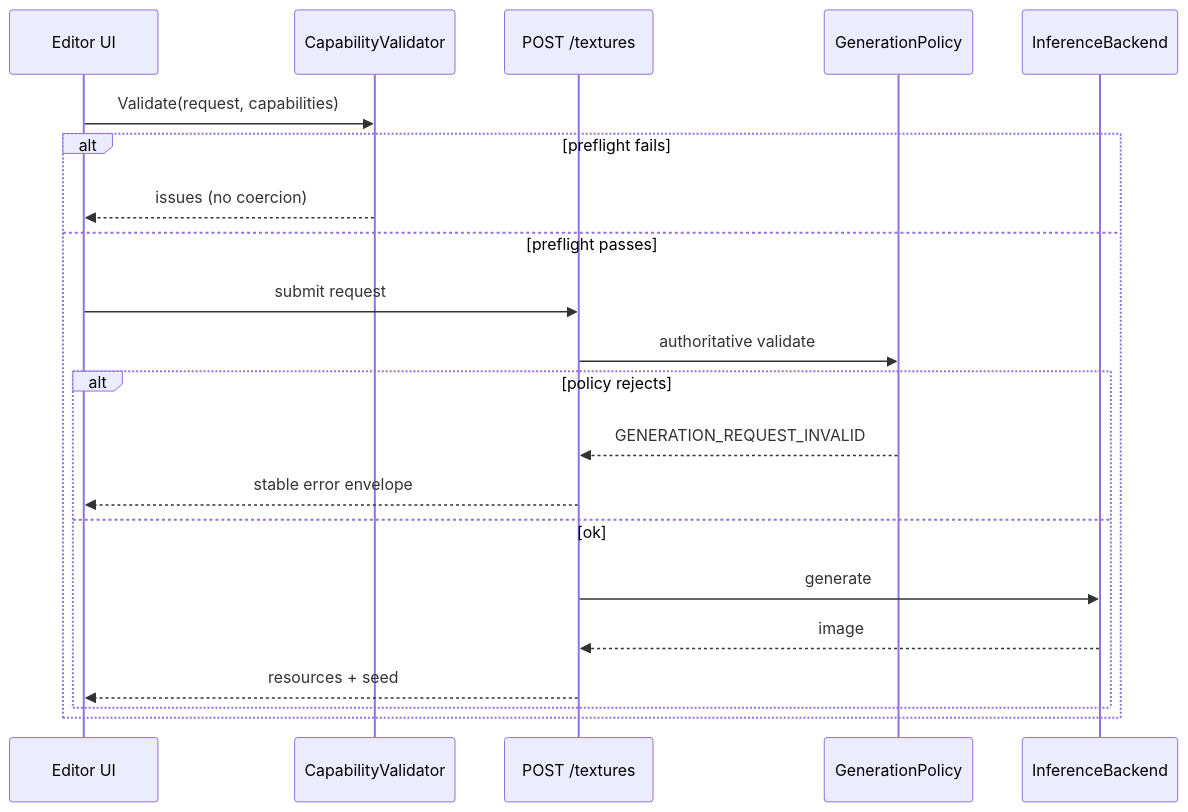
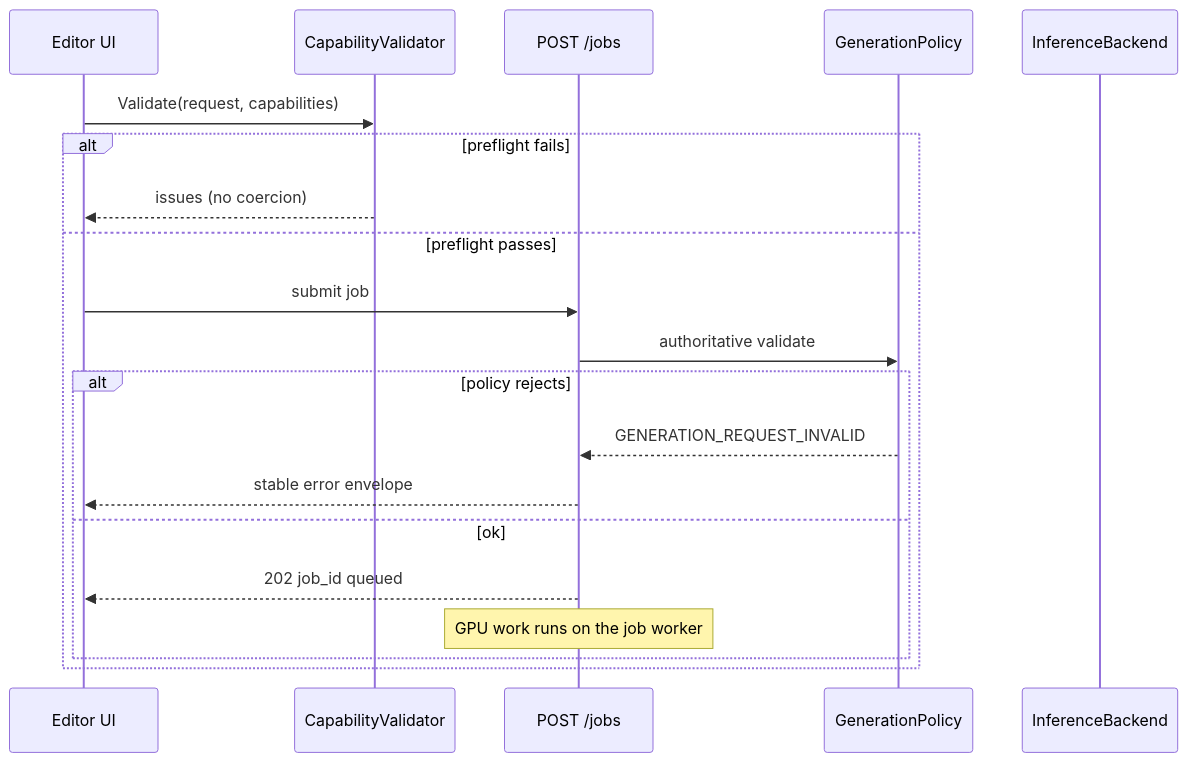
The eighth of 14 diagrams in ARCHITECTURE.md (skepticworks/Unity-AI-Asset-Generator), drawn with Mermaid before and after one commit. The commit also changed other lines of this file and 52 other files, not shown here.

````diff
--- a/ARCHITECTURE.md
+++ b/ARCHITECTURE.md
@@ -175,24 +209,23 @@
 ```mermaid
 sequenceDiagram
     participant UI as Editor UI
     participant Val as CapabilityValidator
-    participant API as POST /textures
+    participant API as POST /jobs
     participant Pol as GenerationPolicy
     participant Inf as InferenceBackend
 
     UI->>Val: Validate(request, capabilities)
     alt preflight fails
         Val-->>UI: issues (no coercion)
     else preflight passes
-        UI->>API: submit request
+        UI->>API: submit job
         API->>Pol: authoritative validate
         alt policy rejects
             Pol-->>API: GENERATION_REQUEST_INVALID
             API-->>UI: stable error envelope
         else ok
-            API->>Inf: generate
-            Inf-->>API: image
-            API-->>UI: resources + seed
+            API-->>UI: 202 job_id queued
+            Note over API: GPU work runs on the job worker
         end
     end
 ```
````
